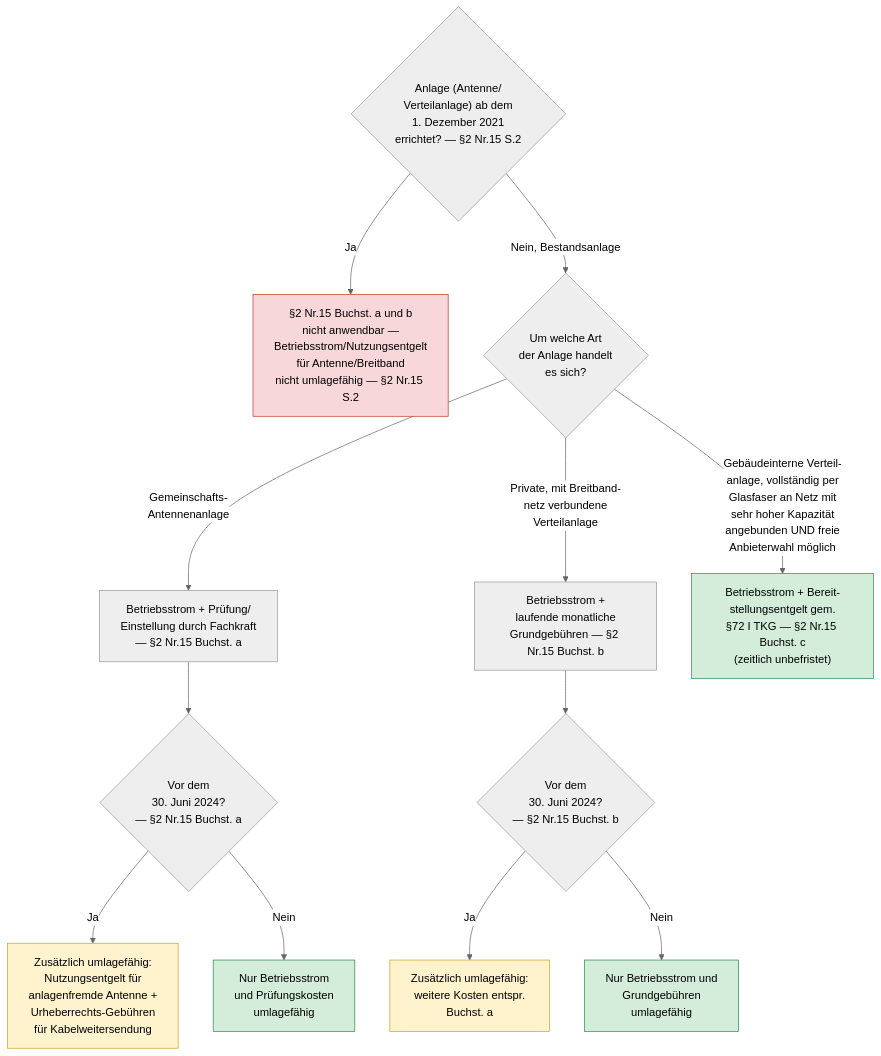
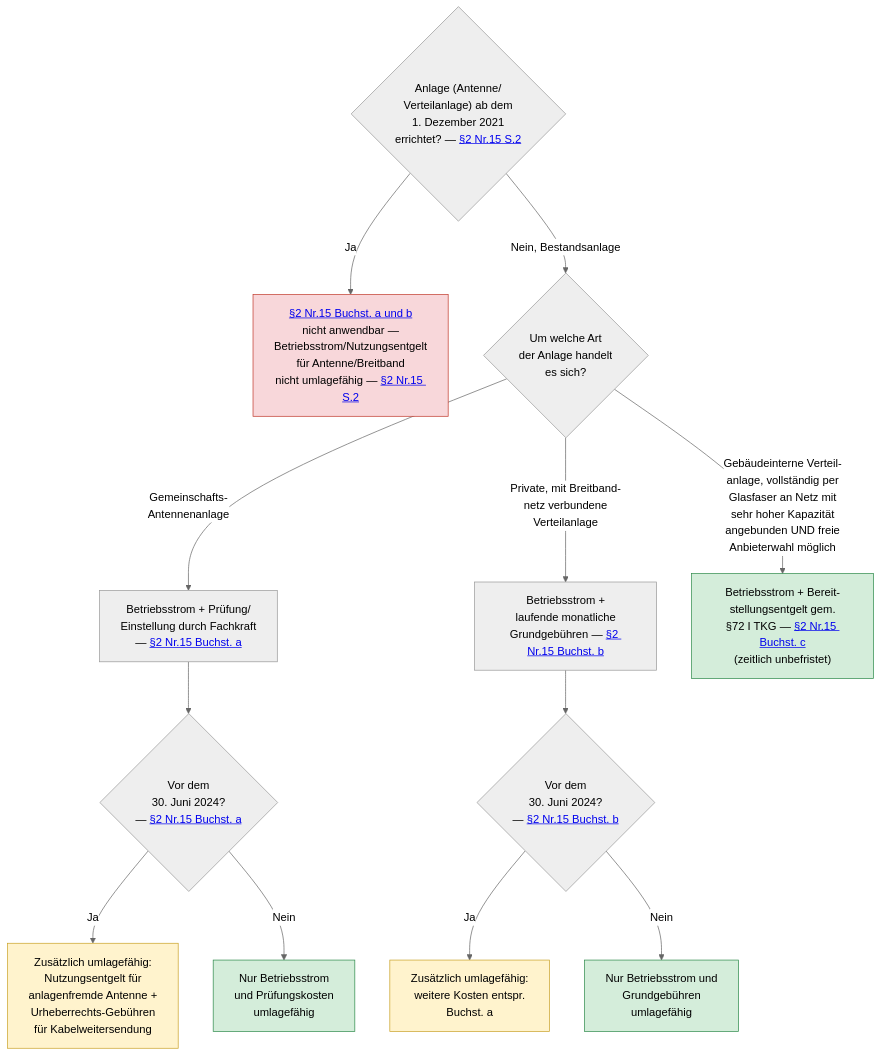
Before and after one commit to digitalservicebund/zfl-website: the diagram in src/pages/werkzeuge/visualisieren/_data/BetrKV/kabelanschluss.mmd, drawn with Mermaid (neutral theme). The commit also changed 23 other files, not shown here.

```diff
--- a/src/pages/werkzeuge/visualisieren/_data/BetrKV/kabelanschluss.mmd
+++ b/src/pages/werkzeuge/visualisieren/_data/BetrKV/kabelanschluss.mmd
@@ -1,24 +1,24 @@
 flowchart TD
-    A{"Anlage (Antenne/<br/>Verteilanlage) ab dem<br/>1. Dezember 2021<br/>errichtet? — §2 Nr.15 S.2"} -->|Ja| Z1["§2 Nr.15 Buchst. a und b<br/>nicht anwendbar —<br/>Betriebsstrom/Nutzungsentgelt<br/>für Antenne/Breitband<br/>nicht umlagefähig — §2 Nr.15 S.2"]
+    A{"Anlage (Antenne/<br/>Verteilanlage) ab dem<br/>1. Dezember 2021<br/>errichtet? — <a href='{{ELI}}#art-z2_abs-z' target='_blank' rel='noopener'>§2 Nr.15 S.2</a>"} -->|Ja| Z1["<a href='{{ELI}}#art-z2_abs-z' target='_blank' rel='noopener'>§2 Nr.15 Buchst. a und b</a><br/>nicht anwendbar —<br/>Betriebsstrom/Nutzungsentgelt<br/>für Antenne/Breitband<br/>nicht umlagefähig — <a href='{{ELI}}#art-z2_abs-z' target='_blank' rel='noopener'>§2 Nr.15 S.2</a>"]
 
     A -->|Nein, Bestandsanlage| B{"Um welche Art<br/>der Anlage handelt<br/>es sich?"}
 
-    B -->|"Gemeinschafts-<br/>Antennenanlage"| C["Betriebsstrom + Prüfung/<br/>Einstellung durch Fachkraft<br/>— §2 Nr.15 Buchst. a"]
-    B -->|"Private, mit Breitband-<br/>netz verbundene<br/>Verteilanlage"| D["Betriebsstrom +<br/>laufende monatliche<br/>Grundgebühren — §2 Nr.15 Buchst. b"]
-    B -->|"Gebäudeinterne Verteil-<br/>anlage, vollständig per<br/>Glasfaser an Netz mit<br/>sehr hoher Kapazität<br/>angebunden UND freie<br/>Anbieterwahl möglich"| G["Betriebsstrom + Bereit-<br/>stellungsentgelt gem.<br/>§72 I TKG — §2 Nr.15 Buchst. c<br/>(zeitlich unbefristet)"]
+    B -->|"Gemeinschafts-<br/>Antennenanlage"| C["Betriebsstrom + Prüfung/<br/>Einstellung durch Fachkraft<br/>— <a href='{{ELI}}#art-z2_abs-z' target='_blank' rel='noopener'>§2 Nr.15 Buchst. a</a>"]
+    B -->|"Private, mit Breitband-<br/>netz verbundene<br/>Verteilanlage"| D["Betriebsstrom +<br/>laufende monatliche<br/>Grundgebühren — <a href='{{ELI}}#art-z2_abs-z' target='_blank' rel='noopener'>§2 Nr.15 Buchst. b</a>"]
+    B -->|"Gebäudeinterne Verteil-<br/>anlage, vollständig per<br/>Glasfaser an Netz mit<br/>sehr hoher Kapazität<br/>angebunden UND freie<br/>Anbieterwahl möglich"| G["Betriebsstrom + Bereit-<br/>stellungsentgelt gem.<br/>§72 I TKG — <a href='{{ELI}}#art-z2_abs-z' target='_blank' rel='noopener'>§2 Nr.15 Buchst. c</a><br/>(zeitlich unbefristet)"]
 
-    C --> E{"Vor dem<br/>30. Juni 2024?<br/>— §2 Nr.15 Buchst. a"}
-    D --> F{"Vor dem<br/>30. Juni 2024?<br/>— §2 Nr.15 Buchst. b"}
+    C --> E{"Vor dem<br/>30. Juni 2024?<br/>— <a href='{{ELI}}#art-z2_abs-z' target='_blank' rel='noopener'>§2 Nr.15 Buchst. a</a>"}
+    D --> F{"Vor dem<br/>30. Juni 2024?<br/>— <a href='{{ELI}}#art-z2_abs-z' target='_blank' rel='noopener'>§2 Nr.15 Buchst. b</a>"}
 
     E -->|Ja| Z2["Zusätzlich umlagefähig:<br/>Nutzungsentgelt für<br/>anlagenfremde Antenne +<br/>Urheberrechts-Gebühren<br/>für Kabelweitersendung"]
     E -->|Nein| Z3["Nur Betriebsstrom<br/>und Prüfungskosten<br/>umlagefähig"]
 
     F -->|Ja| Z4["Zusätzlich umlagefähig:<br/>weitere Kosten entspr.<br/>Buchst. a"]
     F -->|Nein| Z5["Nur Betriebsstrom und<br/>Grundgebühren<br/>umlagefähig"]
 
     style Z1 fill:#f8d7da,stroke:#c0392b
     style Z2 fill:#fff3cd,stroke:#c9a227
     style Z3 fill:#d4edda,stroke:#2d8a4a
     style Z4 fill:#fff3cd,stroke:#c9a227
     style Z5 fill:#d4edda,stroke:#2d8a4a
     style G fill:#d4edda,stroke:#2d8a4a
```
